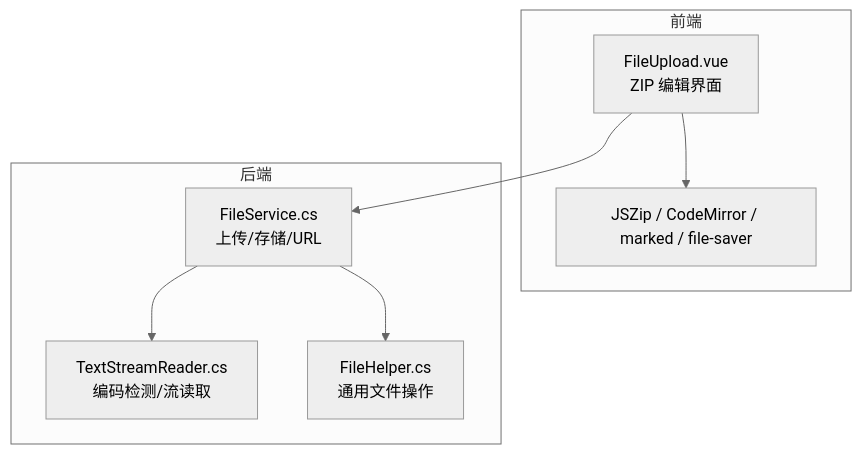
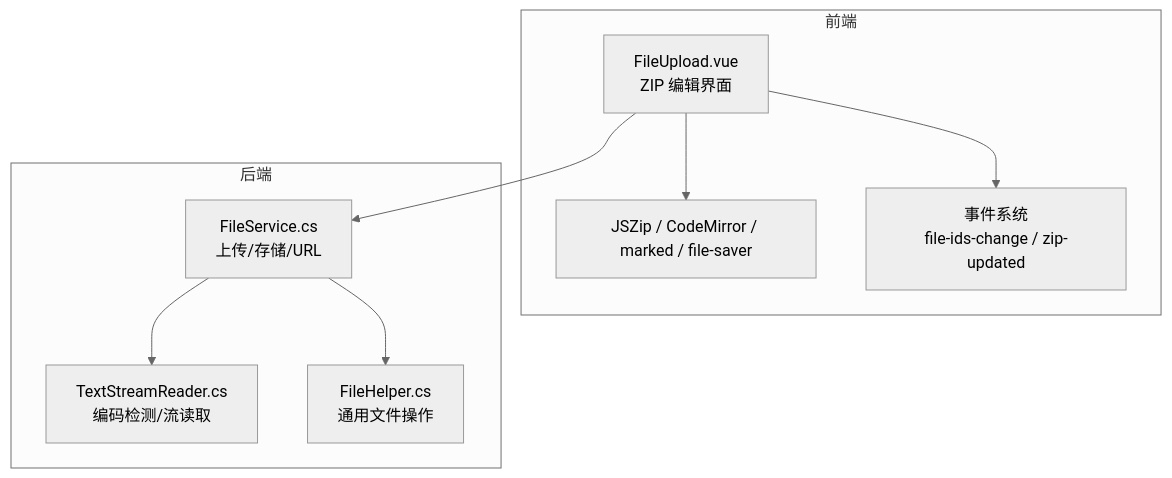
One commit to junkai-li/NetCoreKevin changed the first of 9 diagrams in .qoder/repowiki/zh/content/前端架构/组件设计/文件上传组件/压缩包编辑功能.md. Above: the diagram before and after it, drawn with Mermaid (neutral theme). The commit also changed other lines of this file and 42 other files, not shown here.

````diff
--- a/.qoder/repowiki/zh/content/前端架构/组件设计/文件上传组件/压缩包编辑功能.md
+++ b/.qoder/repowiki/zh/content/前端架构/组件设计/文件上传组件/压缩包编辑功能.md
@@ -32,16 +42,18 @@
 ```mermaid
 graph TB
 subgraph "前端"
 FE_UI["FileUpload.vue<br/>ZIP 编辑界面"]
 FE_LIBS["JSZip / CodeMirror / marked / file-saver"]
+FE_EVENTS["事件系统<br/>file-ids-change / zip-updated"]
 end
 subgraph "后端"
 SVC_File["FileService.cs<br/>上传/存储/URL"]
 UT_Text["TextStreamReader.cs<br/>编码检测/流读取"]
 UT_File["FileHelper.cs<br/>通用文件操作"]
 end
 FE_UI --> FE_LIBS
+FE_UI --> FE_EVENTS
 FE_UI --> SVC_File
 SVC_File --> UT_File
 SVC_File --> UT_Text
 ```
````
